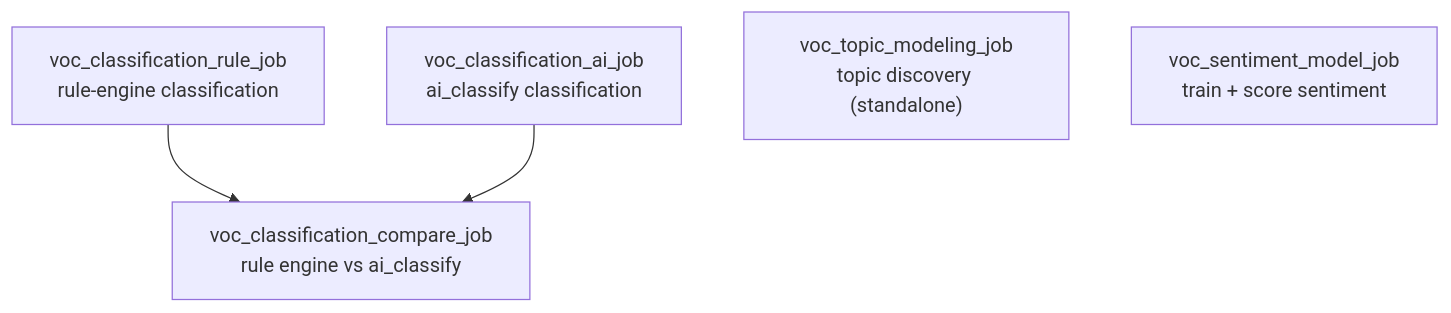
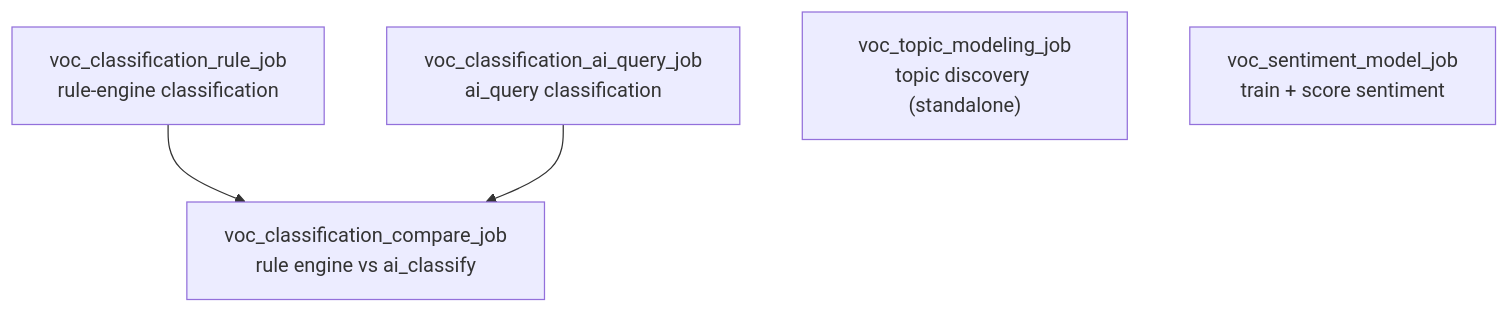
One commit to dariakrasavina/GM_VOC changed the second of 2 diagrams in README.md. Above: the diagram before and after it, drawn with Mermaid. The commit also changed other lines of this file and 14 other files, not shown here.

````diff
--- a/README.md
+++ b/README.md
@@ -121,11 +121,11 @@
 ```mermaid
 flowchart TB
     RE["voc_classification_rule_job<br/>rule-engine classification"]
-    AI["voc_classification_ai_job<br/>ai_classify classification"]
+    AI["voc_classification_ai_query_job<br/>ai_query classification"]
     CMP["voc_classification_compare_job<br/>rule engine vs ai_classify"]
     TM["voc_topic_modeling_job<br/>topic discovery (standalone)"]
     SENT["voc_sentiment_model_job<br/>train + score sentiment"]
 
     RE --> CMP
     AI --> CMP
 ```
````
